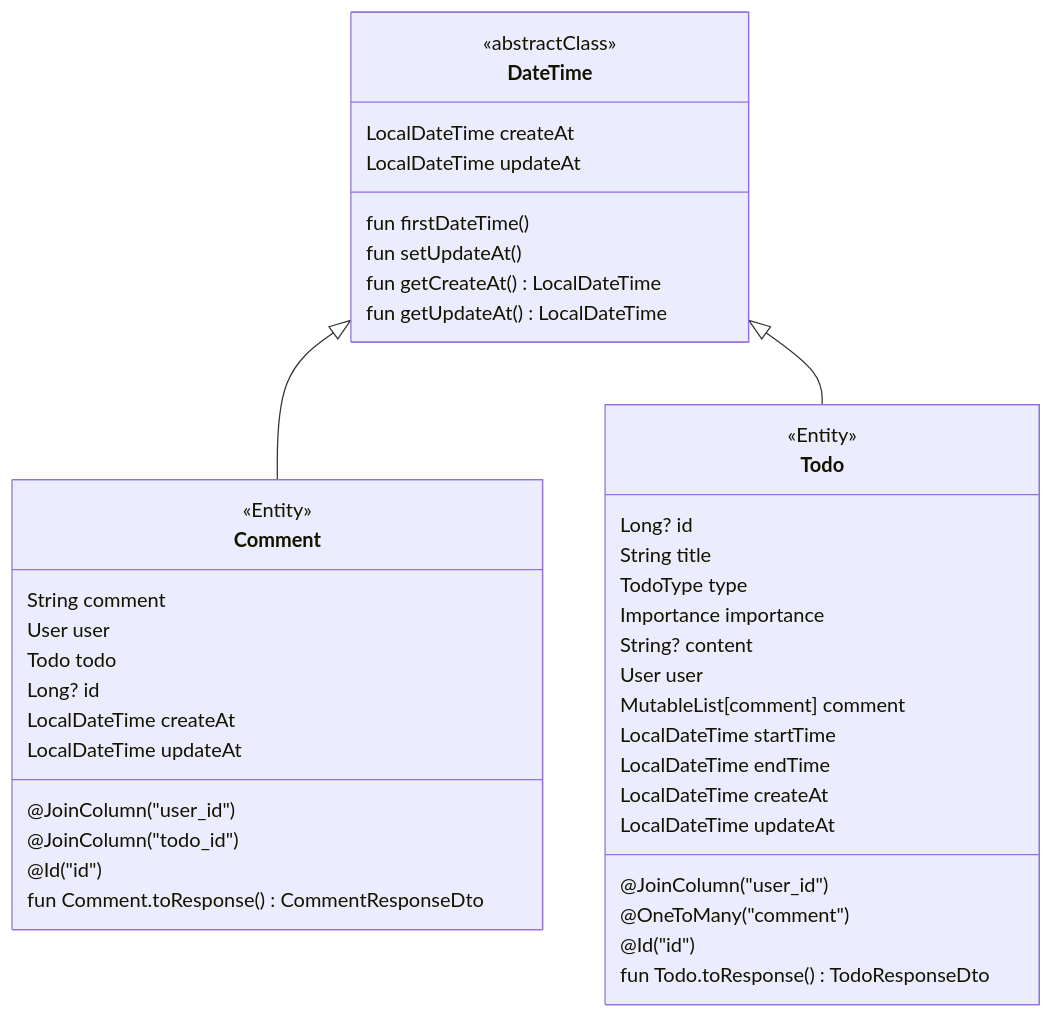
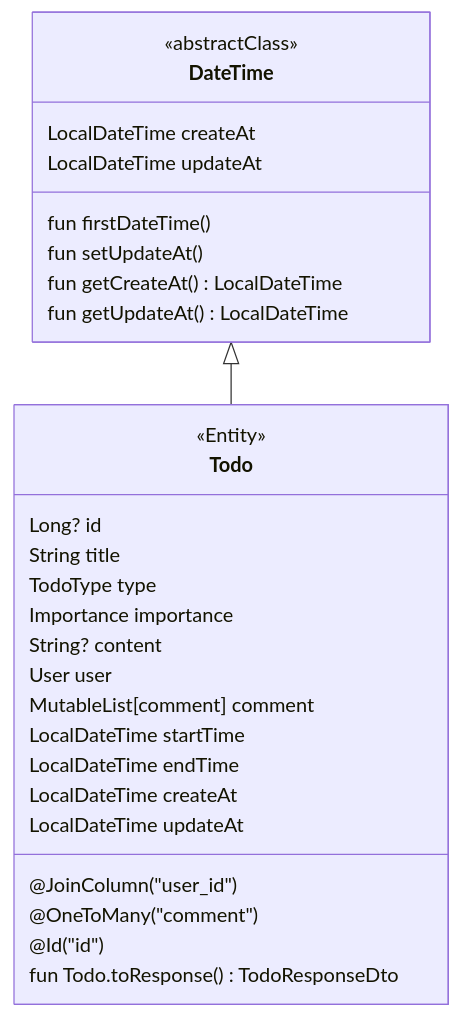
The second of 8 diagrams in README.md (Ppajingae/HW_todo), drawn with Mermaid before and after one commit. The commit also changed other lines of this file and 1 other file, not shown here.

````diff
--- a/README.md
+++ b/README.md
@@ -154,56 +167,38 @@
 ```mermaid
 classDiagram
 
-DateTime <|-- Comment
 DateTime <|-- Todo
 
 class DateTime{
     <<abstractClass>>
     LocalDateTime createAt 
     LocalDateTime updateAt 
 
     fun firstDateTime()
     fun setUpdateAt()
     fun getCreateAt()LocalDateTime
     fun getUpdateAt()LocalDateTime
-}
-
-class Comment{
-    <<Entity>>
-
-    String comment
-    User user
-    Todo todo 
-    Long? id  
-    LocalDateTime createAt 
-    LocalDateTime updateAt 
-
-    @JoinColumn("user_id")
-    @JoinColumn("todo_id")
-    @Id("id")
-
-    fun Comment.toResponse()CommentResponseDto
 }
 
 class Todo{
     <<Entity>>
     
     Long? id
     String title 
     TodoType type 
     Importance importance
     String? content
     User user
     MutableList[comment] comment
     LocalDateTime startTime
     LocalDateTime endTime
     LocalDateTime createAt
     LocalDateTime updateAt
 
     @JoinColumn("user_id")
     @OneToMany("comment")
     @Id("id")
 
     fun Todo.toResponse()TodoResponseDto
 }
 ```
````
